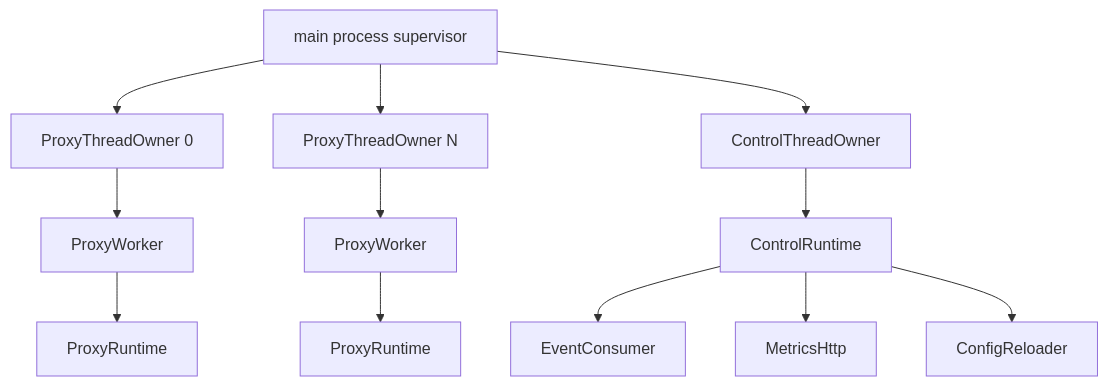
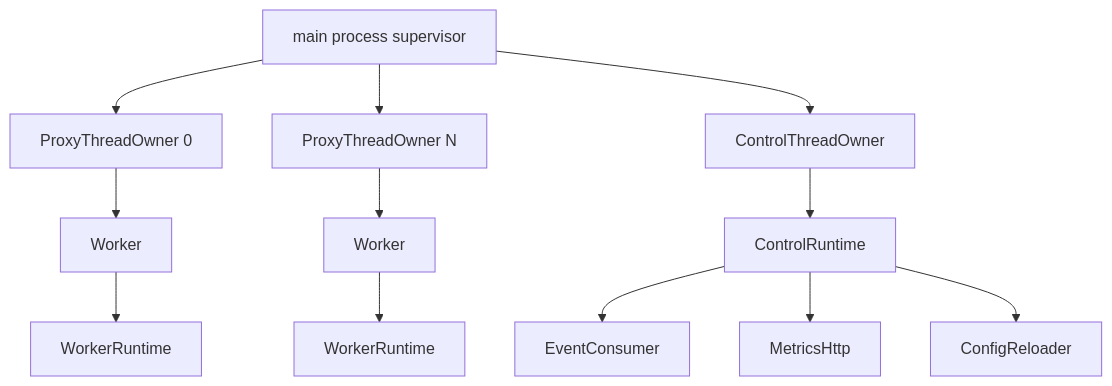
Before and after one commit to raydatray/rusty-mcrouter: the second of 3 diagrams in docs/architecture/README.md, drawn with Mermaid. The commit also changed other lines of this file and 31 other files, not shown here.

Commit message:
[2/3][worker] rename proxy crate and worker-facing declarations

````diff
--- a/docs/architecture/README.md
+++ b/docs/architecture/README.md
@@ -102,15 +102,15 @@
 ```mermaid
 flowchart TB
     M[main process supervisor]
     M --> PT0[ProxyThreadOwner 0]
     M --> PTN[ProxyThreadOwner N]
     M --> CT[ControlThreadOwner]
-    PT0 --> PW0[ProxyWorker]
-    PTN --> PWN[ProxyWorker]
-    PW0 --> PR0[ProxyRuntime]
-    PWN --> PRN[ProxyRuntime]
+    PT0 --> PW0[Worker]
+    PTN --> PWN[Worker]
+    PW0 --> PR0[WorkerRuntime]
+    PWN --> PRN[WorkerRuntime]
     CT --> CR[ControlRuntime]
     CR --> EC[EventConsumer]
     CR --> MH[MetricsHttp]
     CR --> RL[ConfigReloader]
 ```
````
